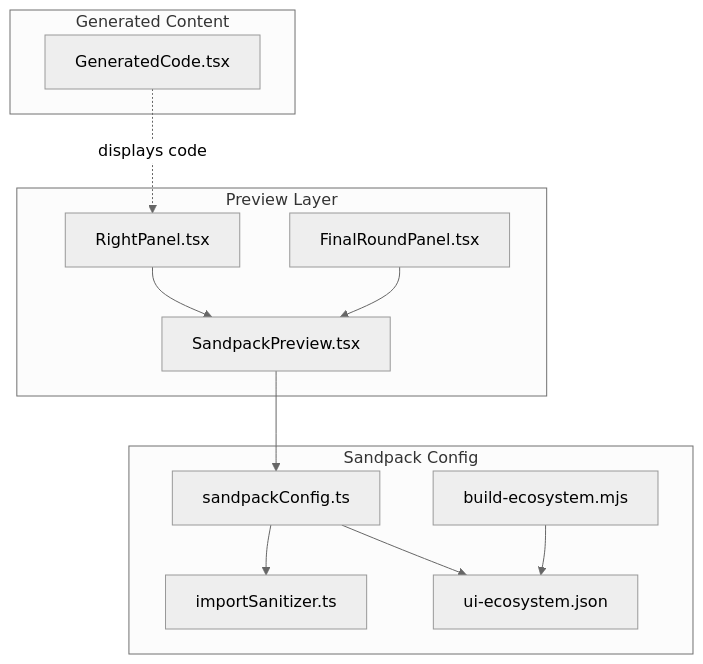
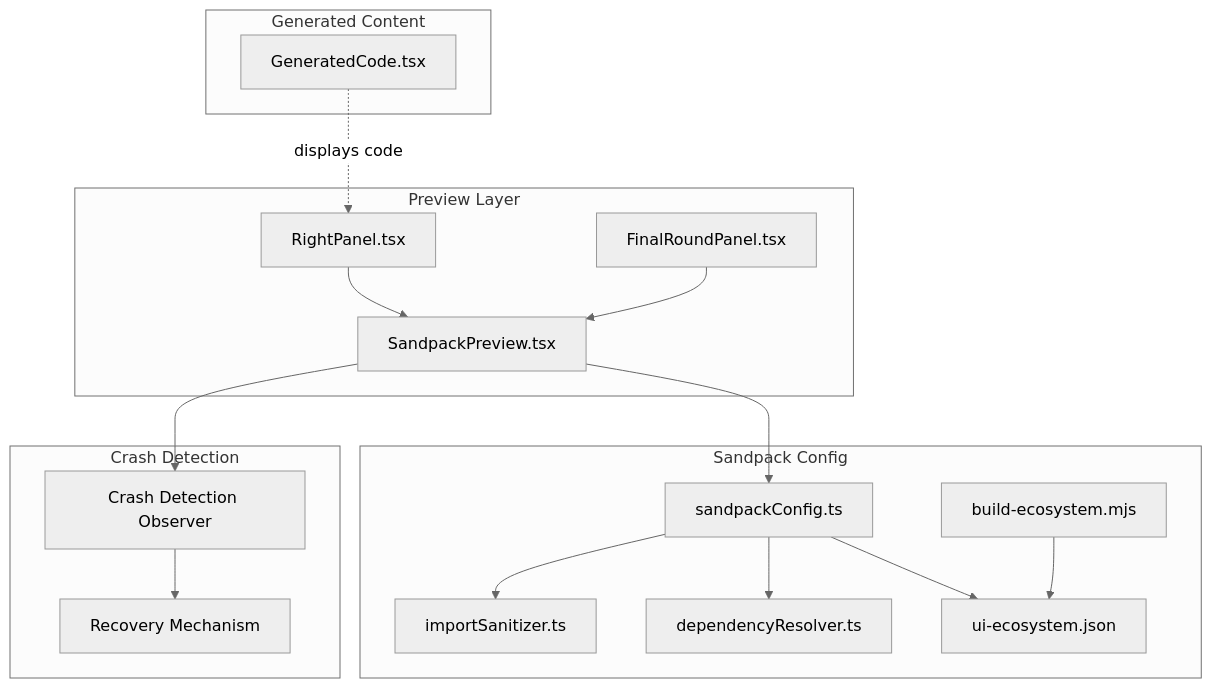
Before and after one commit to shekhargiri005-dotcom/AI-powered-accessibility-first-UI-engine: the first of 8 diagrams in .qoder/repowiki/en/content/Live Preview & Development Tools/Sandpack Integration.md, drawn with Mermaid (neutral theme). The commit also changed other lines of this file and 32 other files, not shown here.

````diff
--- a/.qoder/repowiki/en/content/Live Preview & Development Tools/Sandpack Integration.md
+++ b/.qoder/repowiki/en/content/Live Preview & Development Tools/Sandpack Integration.md
@@ -38,24 +48,32 @@
 ```mermaid
 graph TB
 subgraph "Preview Layer"
 SP["SandpackPreview.tsx"]
 RC["RightPanel.tsx"]
 FR["FinalRoundPanel.tsx"]
 end
 subgraph "Sandpack Config"
 CFG["sandpackConfig.ts"]
 SAN["importSanitizer.ts"]
+RES["dependencyResolver.ts"]
 UIM["ui-ecosystem.json"]
 BLD["build-ecosystem.mjs"]
 end
 subgraph "Generated Content"
 GC["GeneratedCode.tsx"]
 end
+subgraph "Crash Detection"
+CD["Crash Detection Observer"]
+RM["Recovery Mechanism"]
+end
 RC --> SP
 FR --> SP
 SP --> CFG
 CFG --> SAN
+CFG --> RES
 CFG --> UIM
 BLD --> UIM
 GC -. displays code .-> RC
+SP --> CD
+CD --> RM
 ```
````
